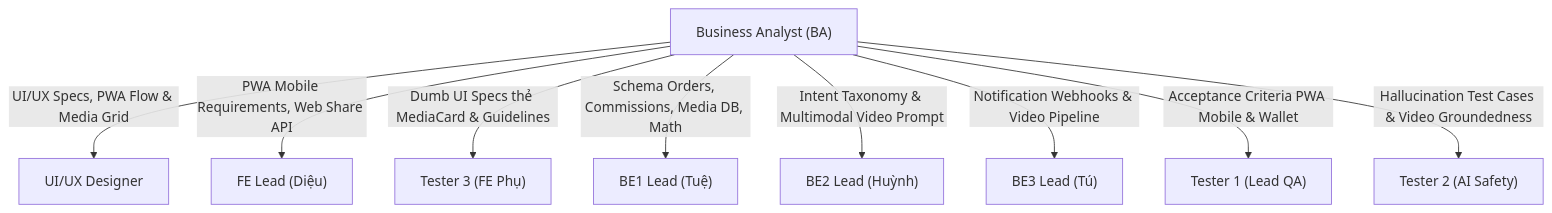
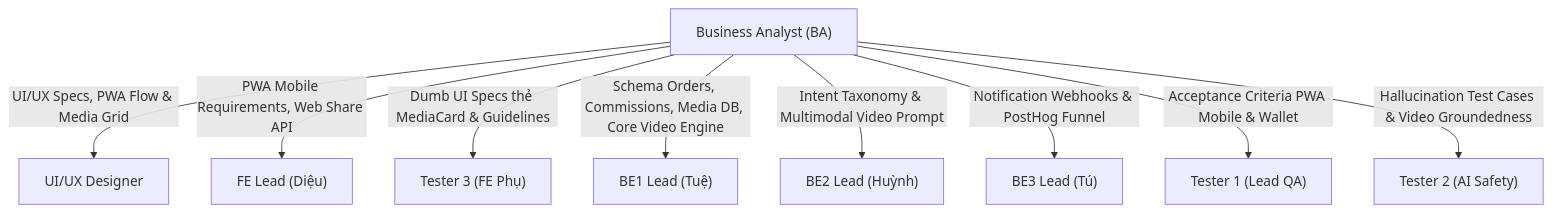
One commit to NguyenMTue/ai-travel-reseller changed the diagram in .ai/process/Week3/BA_W3.md. Above: the diagram before and after it, drawn with Mermaid. The commit also changed other lines of this file and 7 other files, not shown here.

````diff
--- a/.ai/process/Week3/BA_W3.md
+++ b/.ai/process/Week3/BA_W3.md
@@ -57,11 +57,11 @@
 ```mermaid
 flowchart TD
     BA["Business Analyst (BA)"] -->|UI/UX Specs, PWA Flow & Media Grid| UIUX["UI/UX Designer"]
     BA -->|PWA Mobile Requirements, Web Share API| FE["FE Lead (Diệu)"]
     BA -->|Dumb UI Specs thẻ MediaCard & Guidelines| T3["Tester 3 (FE Phụ)"]
-    BA -->|Schema Orders, Commissions, Media DB, Math| BE1["BE1 Lead (Tuệ)"]
+    BA -->|Schema Orders, Commissions, Media DB, Core Video Engine| BE1["BE1 Lead (Tuệ)"]
     BA -->|Intent Taxonomy & Multimodal Video Prompt| BE2["BE2 Lead (Huỳnh)"]
-    BA -->|Notification Webhooks & Video Pipeline| BE3["BE3 Lead (Tú)"]
+    BA -->|Notification Webhooks & PostHog Funnel| BE3["BE3 Lead (Tú)"]
     BA -->|Acceptance Criteria PWA Mobile & Wallet| T1["Tester 1 (Lead QA)"]
     BA -->|Hallucination Test Cases & Video Groundedness| T2["Tester 2 (AI Safety)"]
 ```
````
